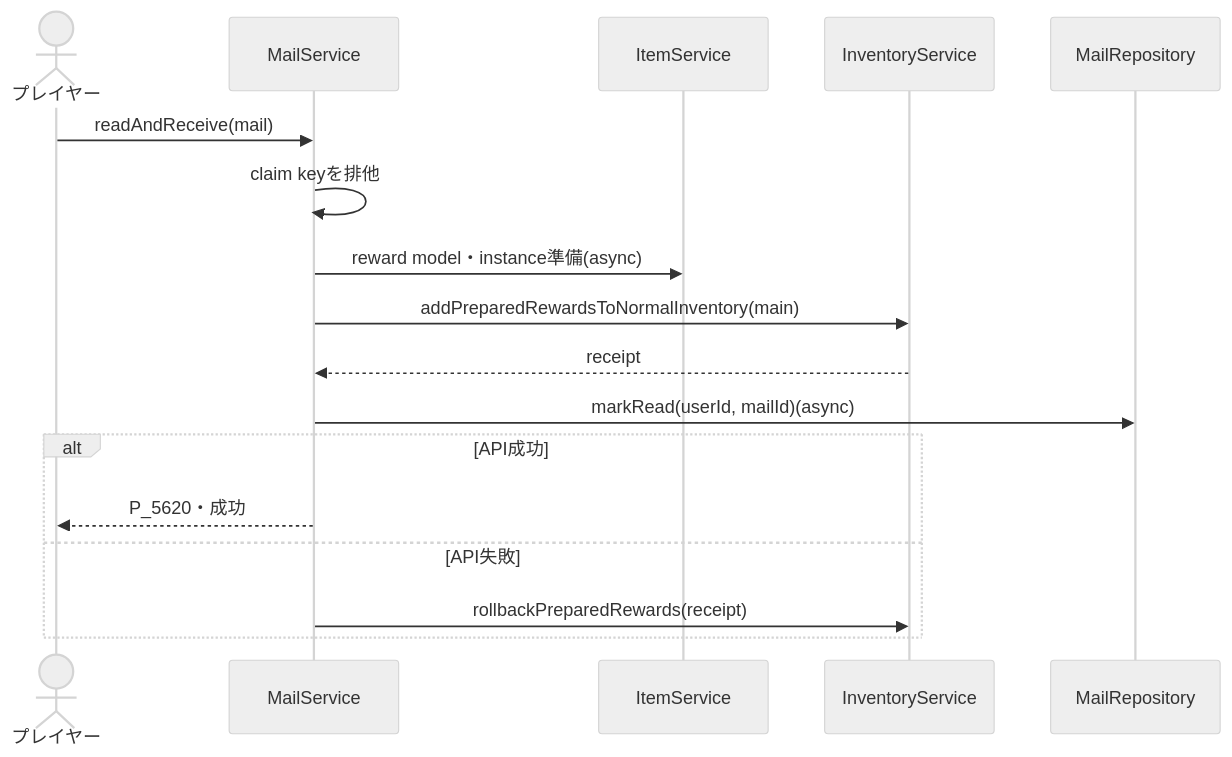
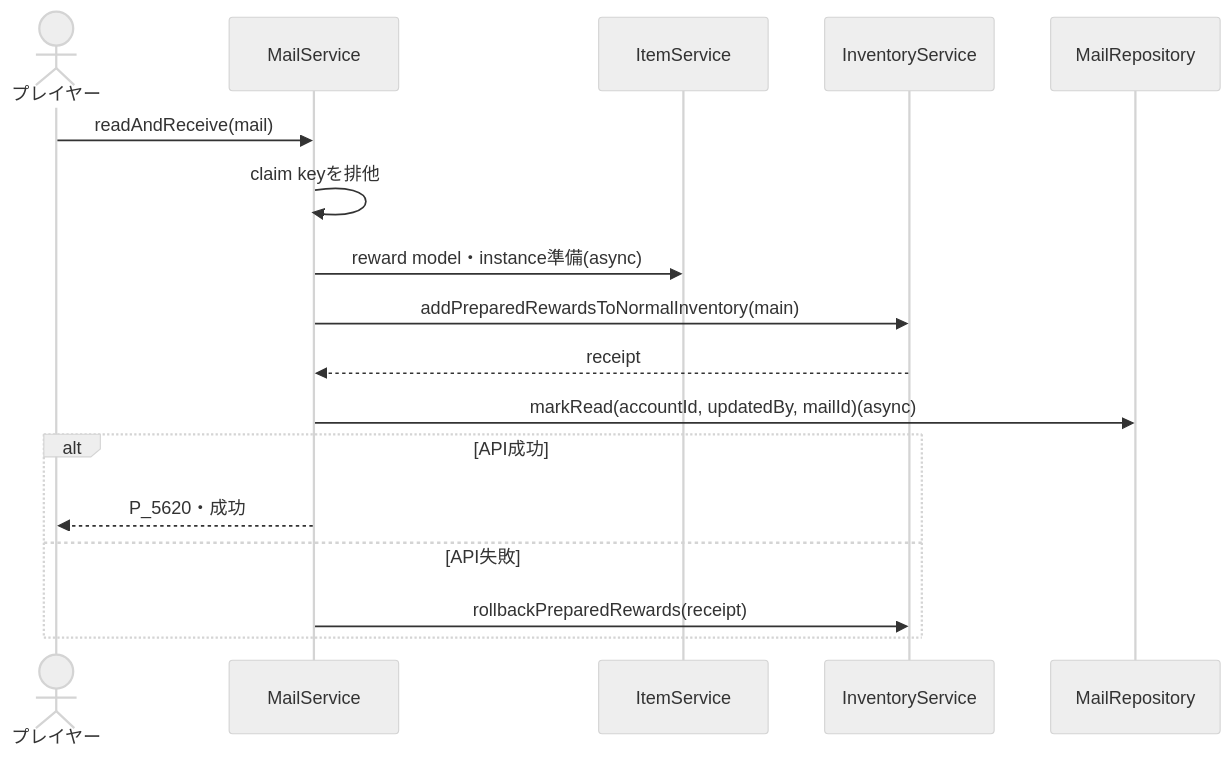
One commit to maaasu/AstralRecord-Workspace changed the second of 4 diagrams in 00_docs/10_Plugin設計書/feature/18-mail/18_4-統合フロー.md. Above: the diagram before and after it, drawn with Mermaid (neutral theme). The commit also changed other lines of this file and 92 other files, not shown here.

````diff
--- a/00_docs/10_Plugin設計書/feature/18-mail/18_4-統合フロー.md
+++ b/00_docs/10_Plugin設計書/feature/18-mail/18_4-統合フロー.md
@@ -38,19 +38,19 @@
 ```mermaid
 sequenceDiagram
     actor Player as プレイヤー
     participant Service as MailService
     participant Item as ItemService
     participant Inventory as InventoryService
     participant Repo as MailRepository
     Player->>Service: readAndReceive(mail)
     Service->>Service: claim keyを排他
     Service->>Item: reward model・instance準備(async)
     Service->>Inventory: addPreparedRewardsToNormalInventory(main)
     Inventory-->>Service: receipt
-    Service->>Repo: markRead(userId, mailId)(async)
+    Service->>Repo: markRead(accountId, updatedBy, mailId)(async)
     alt API成功
         Service-->>Player: P_5620・成功
     else API失敗
         Service->>Inventory: rollbackPreparedRewards(receipt)
     end
 ```
````
